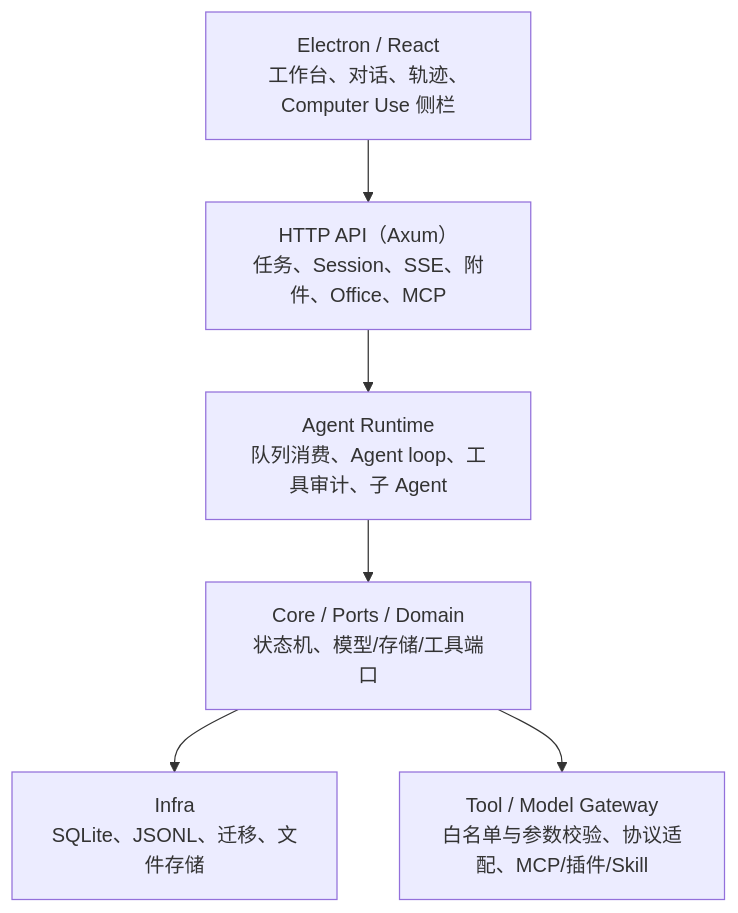
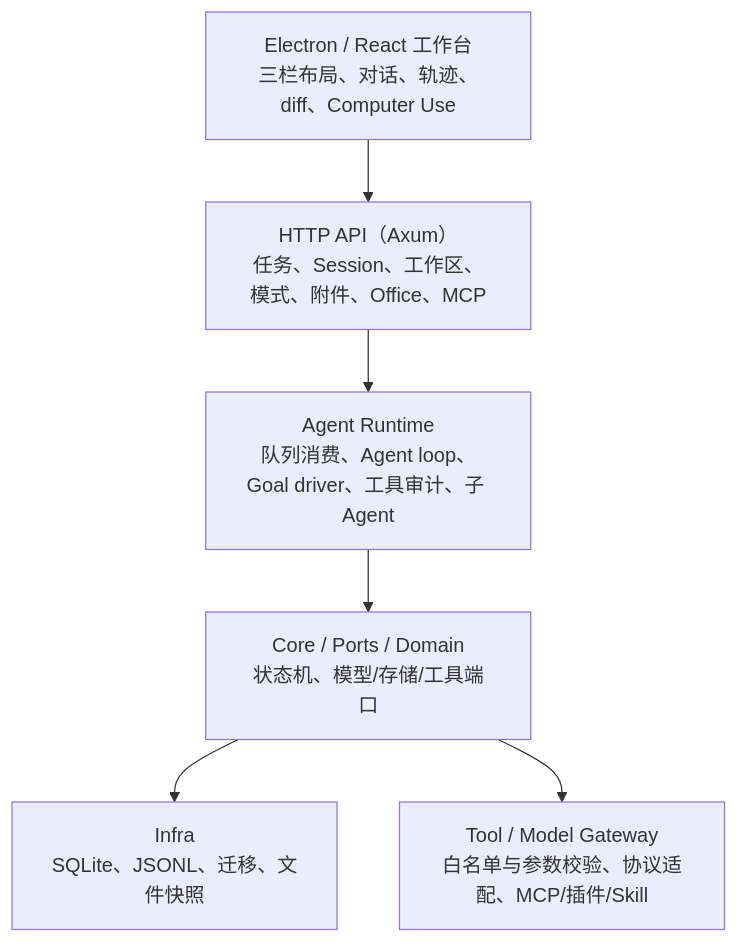
Before and after one commit to scorpio13love/yukii-agent-harness: the first of 7 diagrams in docs/architecture.md, drawn with Mermaid. The commit also changed other lines of this file and 1 other file, not shown here.

Commit message:
docs: update architecture and deployment for workspace modes

````diff
--- a/docs/architecture.md
+++ b/docs/architecture.md
@@ -7,13 +7,13 @@
 ```mermaid
 flowchart TB
-  UI["Electron / React<br/>工作台、对话、轨迹、Computer Use 侧栏"]
-  API["HTTP API（Axum）<br/>任务、Session、SSE、附件、Office、MCP"]
-  RT["Agent Runtime<br/>队列消费、Agent loop、工具审计、子 Agent"]
+  UI["Electron / React 工作台<br/>三栏布局、对话、轨迹、diff、Computer Use"]
+  API["HTTP API（Axum）<br/>任务、Session、工作区、模式、附件、Office、MCP"]
+  RT["Agent Runtime<br/>队列消费、Agent loop、Goal driver、工具审计、子 Agent"]
   CORE["Core / Ports / Domain<br/>状态机、模型/存储/工具端口"]
-  INFRA["Infra<br/>SQLite、JSONL、迁移、文件存储"]
+  INFRA["Infra<br/>SQLite、JSONL、迁移、文件快照"]
   GW["Tool / Model Gateway<br/>白名单与参数校验、协议适配、MCP/插件/Skill"]
 
   UI --> API --> RT --> CORE
   CORE --> INFRA
   CORE --> GW
 ```
````
